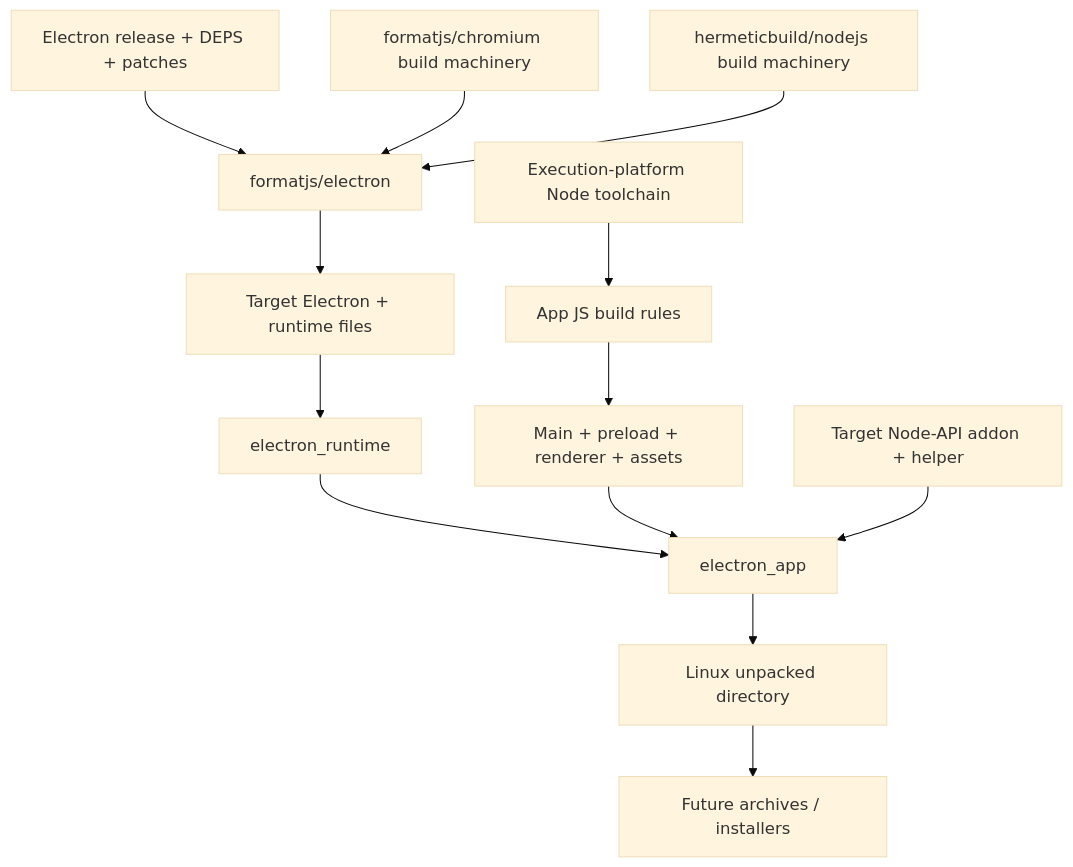
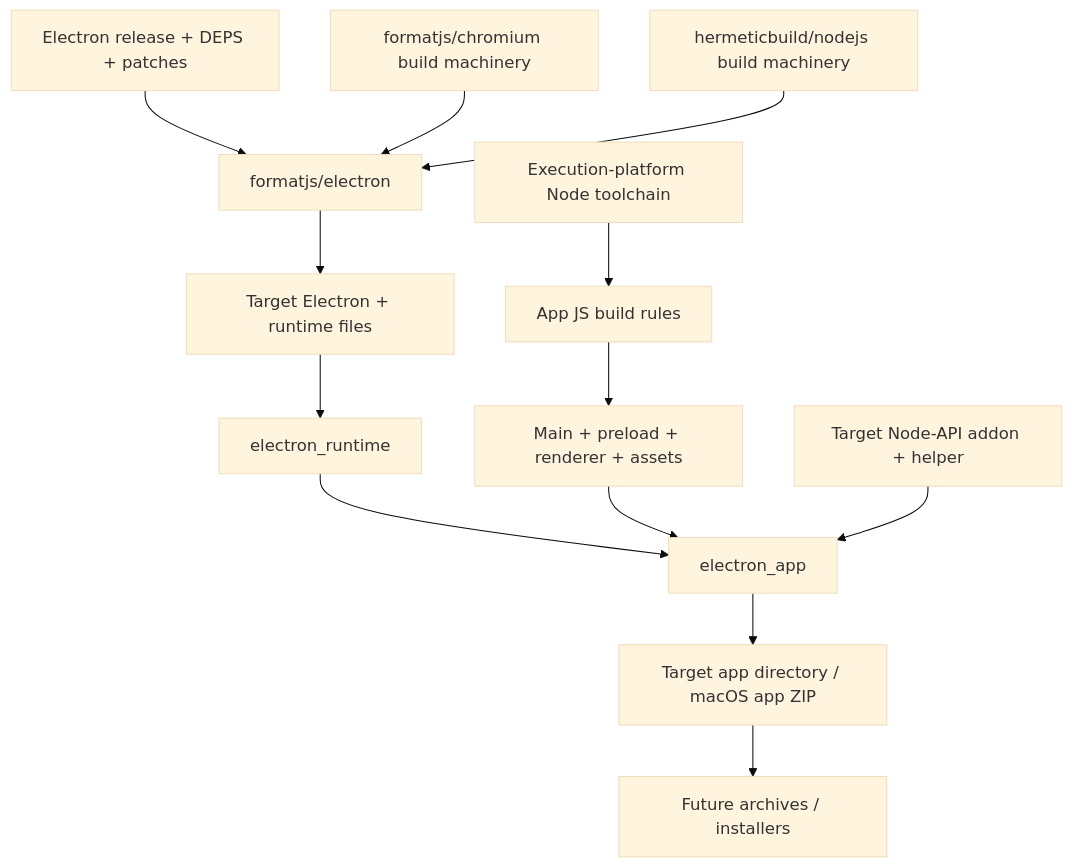
The diagram in docs/architecture.md (formatjs/rules_electron), drawn with Mermaid (base theme) before and after one commit. The commit also changed other lines of this file and 29 other files, not shown here.

Commit message:
feat: add seven-target app matrix and native smoke handoff

````diff
--- a/docs/architecture.md
+++ b/docs/architecture.md
@@ -8,15 +8,15 @@
 ```mermaid
 flowchart TD
     Release[Electron release + DEPS + patches] --> Overlay[formatjs/electron]
     Chromium[formatjs/chromium build machinery] --> Overlay
     Node[hermeticbuild/nodejs build machinery] --> Overlay
     Overlay --> Runtime[Target Electron + runtime files]
     HostNode[Execution-platform Node toolchain] --> JS[App JS build rules]
     JS --> AppFiles[Main + preload + renderer + assets]
     Runtime --> Adapter[electron_runtime]
     Adapter --> App[electron_app]
     AppFiles --> App
     Native[Target Node-API addon + helper] --> App
-    App --> Directory[Linux unpacked directory]
+    App --> Directory[Target app directory / macOS app ZIP]
     Directory --> Future[Future archives / installers]
 ```
````
